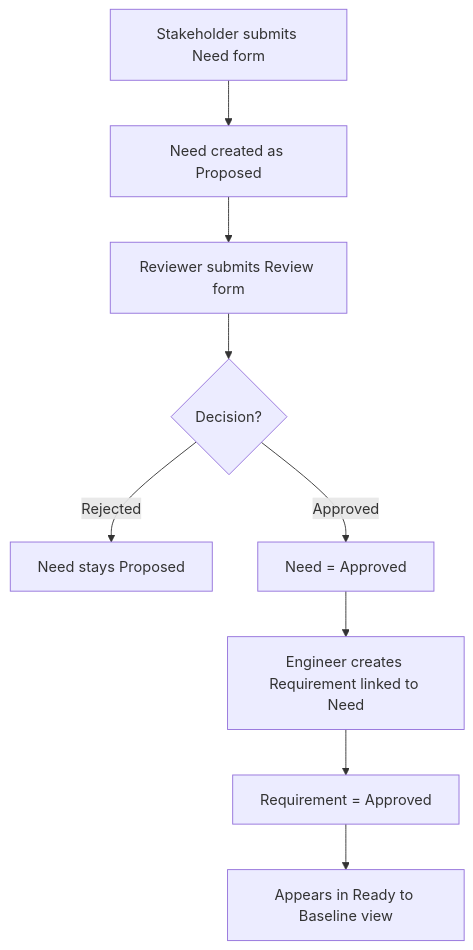
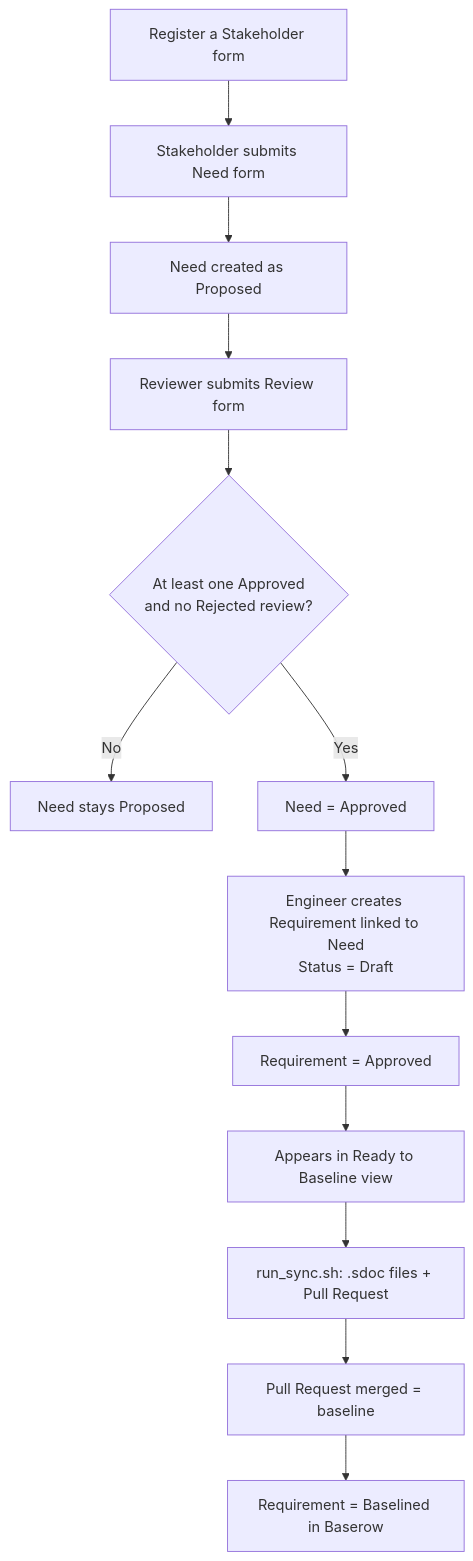
One commit to aline-001/requirements-pipeline changed the second of 6 diagrams in SUBMISSION.md. Above: the diagram before and after it, drawn with Mermaid. The commit also changed other lines of this file, not shown here.

Commit message:
Update submission: StrictDoc, RTM site, new sync

````diff
--- a/SUBMISSION.md
+++ b/SUBMISSION.md
@@ -146,12 +332,15 @@
 ```mermaid
 flowchart TD
-    A[Stakeholder submits Need form] --> B[Need created as Proposed]
-    B --> C[Reviewer submits Review form]
-    C --> D{Decision?}
-    D -->|Rejected| E[Need stays Proposed]
-    D -->|Approved| F[Need = Approved]
-    F --> G[Engineer creates Requirement linked to Need]
-    G --> H[Requirement = Approved]
-    H --> I[Appears in Ready to Baseline view]
-
+    A["Register a Stakeholder form"] --> B["Stakeholder submits Need form"]
+    B --> C["Need created as Proposed"]
+    C --> D["Reviewer submits Review form"]
+    D --> E{"At least one Approved<br/>and no Rejected review?"}
+    E -->|No| F["Need stays Proposed"]
+    E -->|Yes| G["Need = Approved"]
+    G --> H["Engineer creates Requirement linked to Need<br/>Status = Draft"]
+    H --> I["Requirement = Approved"]
+    I --> J["Appears in Ready to Baseline view"]
+    J --> K["run_sync.sh: .sdoc files + Pull Request"]
+    K --> L["Pull Request merged = baseline"]
+    L --> M["Requirement = Baselined in Baserow"]
 ```
````
